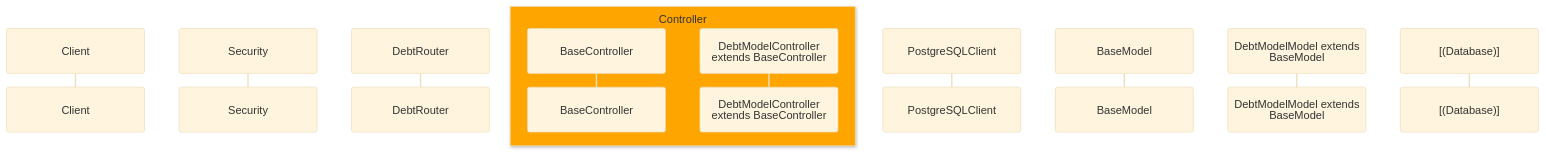
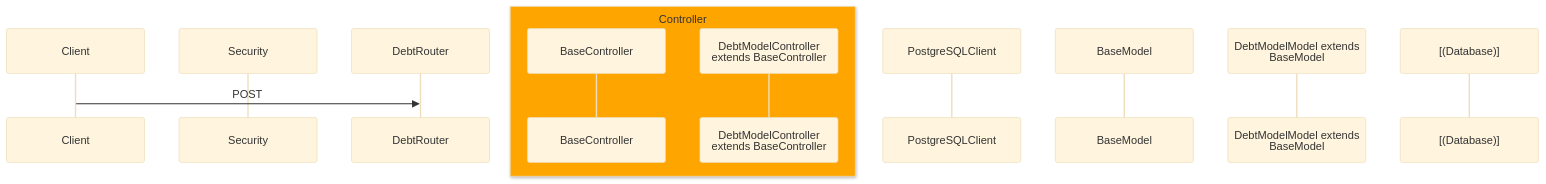
The diagram in design/newClassesDesign/DebtManagement/Create.mmd (SawatKia/WealthTracking), drawn with Mermaid before and after one commit. The commit also changed 14 other files, not shown here.

Commit message:
update diagram consistency to specify the key

```diff
--- a/design/newClassesDesign/DebtManagement/Create.mmd
+++ b/design/newClassesDesign/DebtManagement/Create.mmd
@@ -1,24 +1,26 @@
 %%{
     init: {
         "theme":"base",
         "themeVariables": {
             'labelBoxBorderColor': '#ff0000'
         },
         "sequence": { 
             "wrap": true, 
             "width": 200 
         } 
     }
 }%%
 sequenceDiagram
     participant Client
     participant Sec as Security
     participant Router as DebtRouter
     box orange Controller
         participant BaseCont as BaseController
         participant Cont as DebtModelController extends BaseController
     end
     participant PGClient as PostgreSQLClient
     participant BaseModel as BaseModel 
     participant Model as DebtModelModel extends BaseModel
     participant DB as [(Database)]
+
+    Client->>Router: POST 
```
